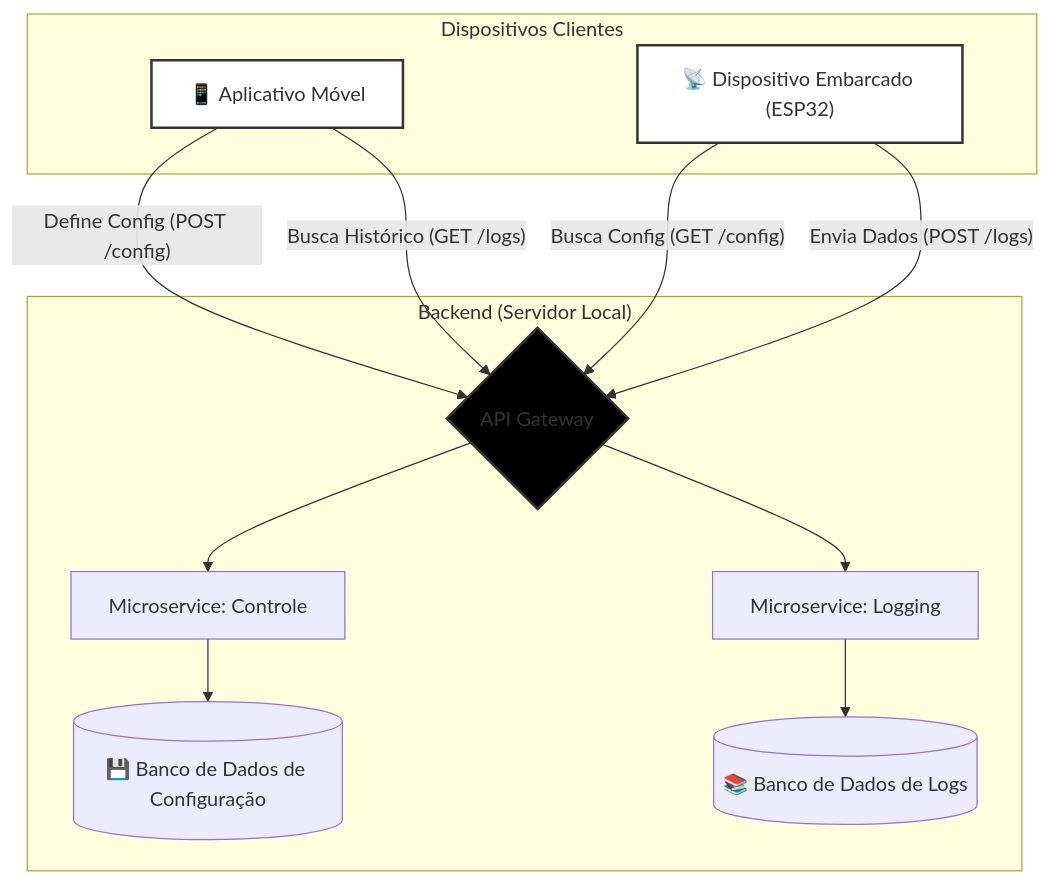
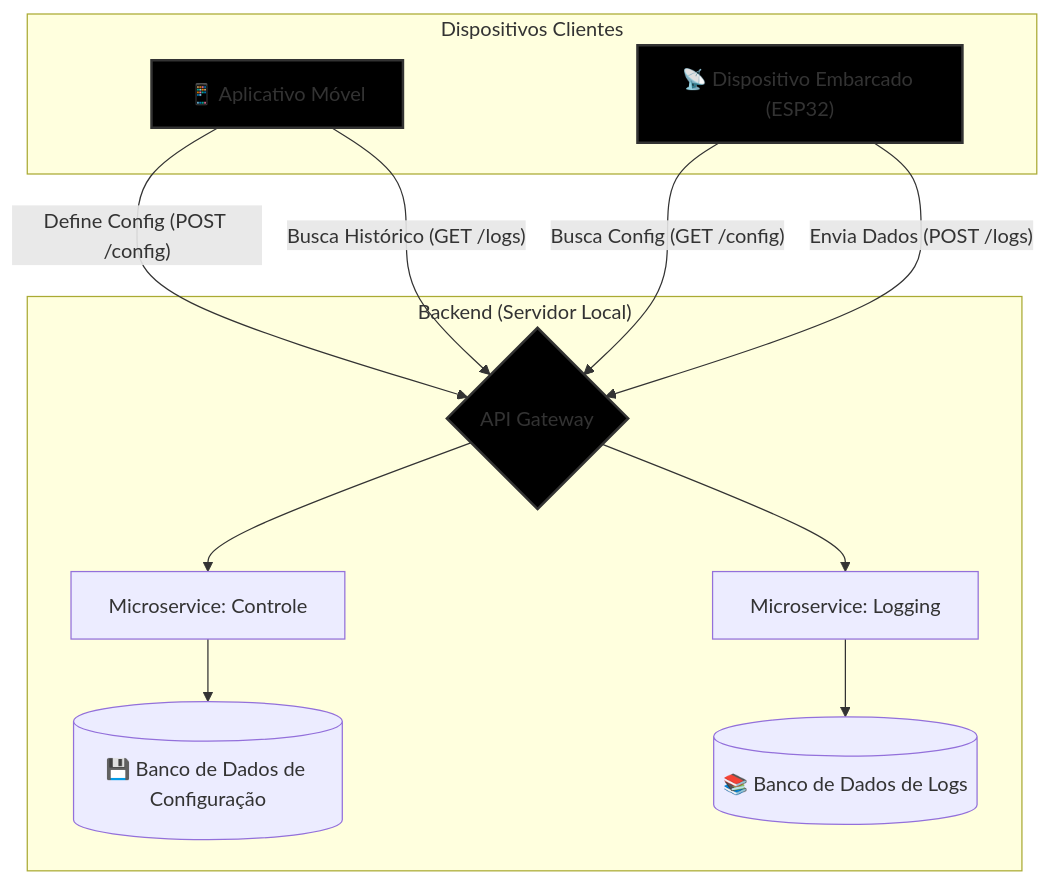
The diagram in README.md (bernardothives/projeto-final-dsme), drawn with Mermaid before and after one commit.

````diff
--- a/README.md
+++ b/README.md
@@ -13,29 +13,29 @@
 ```mermaid
 graph TD
     subgraph "Dispositivos Clientes"
         App["📱 Aplicativo Móvel"]
         ESP["📡 Dispositivo Embarcado (ESP32)"]
     end
 
     subgraph "Backend (Servidor Local)"
         Gateway{API Gateway}
         Controle["Microservice: Controle"]
         Logging["Microservice: Logging"]
         DB_Config[("💾 Banco de Dados de Configuração")]
         DB_Logs[("📚 Banco de Dados de Logs")]
 
         Gateway --> Controle
         Gateway --> Logging
         Controle --> DB_Config
         Logging --> DB_Logs
     end
 
     App -- "Define Config (POST /config)" --> Gateway
     ESP -- "Busca Config (GET /config)" --> Gateway
     ESP -- "Envia Dados (POST /logs)" --> Gateway
     App -- "Busca Histórico (GET /logs)" --> Gateway
 
-    style App fill:#FFFFFF,stroke:#333,stroke-width:2px
-    style ESP fill:#FFFFFF,stroke:#333,stroke-width:2px
+    style App fill:#000000,stroke:#333,stroke-width:2px
+    style ESP fill:#000000,stroke:#333,stroke-width:2px
     style Gateway fill:#000000,stroke:#333,stroke-width:2px
 ```
````
